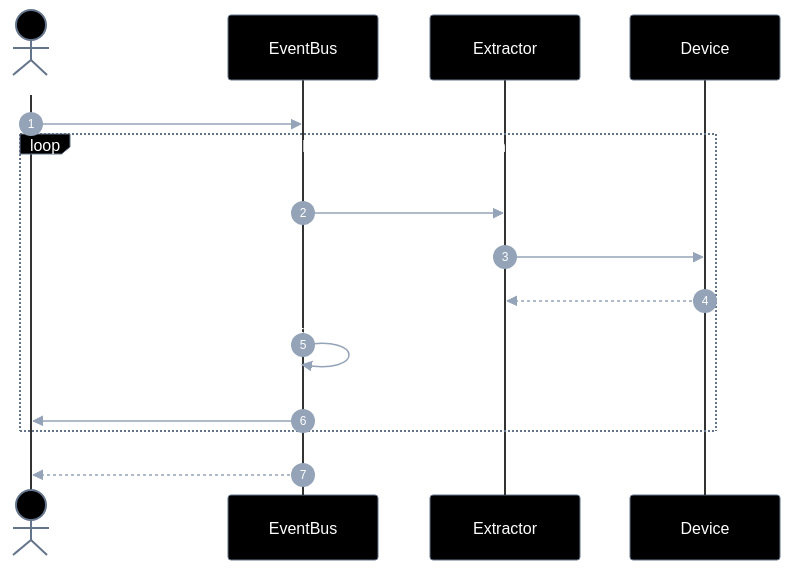
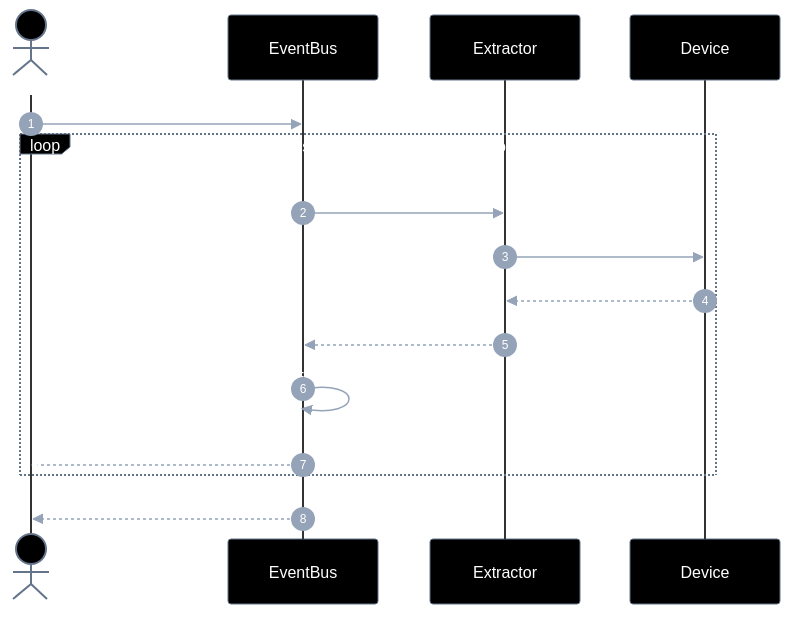
Before and after one commit to laerciogermano/workstation: the third of 5 diagrams in connectmax/screen-robot/epics/EP-02-eventos-de-ui/5.implementation-plan.md, drawn with Mermaid. The commit also changed other lines of this file and 5 other files, not shown here.

Commit message:
Completa retornos faltantes em todos os diagramas de sequência dos planos.

````diff
--- a/connectmax/screen-robot/epics/EP-02-eventos-de-ui/5.implementation-plan.md
+++ b/connectmax/screen-robot/epics/EP-02-eventos-de-ui/5.implementation-plan.md
@@ -224,59 +228,60 @@
 ```mermaid
 ---
 config:
   theme: base
   themeVariables:
     darkMode: true
     background: '#000000'
     primaryColor: '#000000'
     primaryTextColor: '#ffffff'
     primaryBorderColor: '#64748b'
     secondaryColor: '#000000'
     secondaryTextColor: '#ffffff'
     secondaryBorderColor: '#64748b'
     tertiaryColor: '#000000'
     tertiaryTextColor: '#ffffff'
     tertiaryBorderColor: '#64748b'
     lineColor: '#64748b'
     textColor: '#ffffff'
     mainBkg: '#000000'
     nodeBorder: '#64748b'
     clusterBkg: '#000000'
     clusterBorder: '#333333'
     titleColor: '#ffffff'
     edgeLabelBackground: '#000000'
     actorBkg: '#000000'
     actorBorder: '#64748b'
     actorTextColor: '#ffffff'
     actorLineColor: '#333333'
     signalColor: '#94a3b8'
     signalTextColor: '#ffffff'
     labelBoxBkgColor: '#000000'
     labelBoxBorderColor: '#64748b'
     labelTextColor: '#ffffff'
     loopTextColor: '#ffffff'
     noteBorderColor: '#64748b'
     noteBkgColor: '#111111'
     noteTextColor: '#ffffff'
     activationBorderColor: '#64748b'
     activationBkgColor: '#1a1a1a'
     sequenceNumberColor: '#ffffff'
     classText: '#ffffff'
 ---
 sequenceDiagram
   autonumber
   actor Dev as Caller
   participant E as EventBus
   participant X as Extractor
   participant D as Device
 
   Dev->>E: waitForUiStable(serial, opts)
-  loop samples até stableMs sem mudança
+  loop até estável por stableMs ou timeout
     E->>X: dumpUiXml(serial)
     X->>D: uiautomator dump
     D-->>X: xml
+    X-->>E: xml
     E->>E: hash(xml) == previous?
-    E->>Dev: onEvent(type ui_stable_poll)
+    E--)Dev: onEvent(type ui_stable_poll)
   end
   E-->>Dev: { stable: true }
 ```
````
